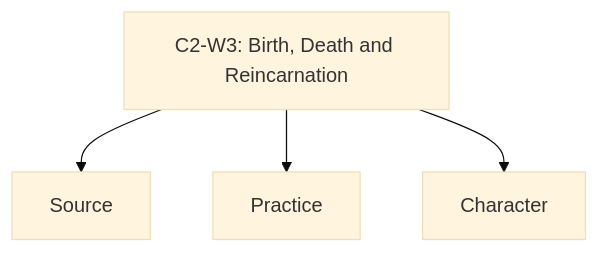
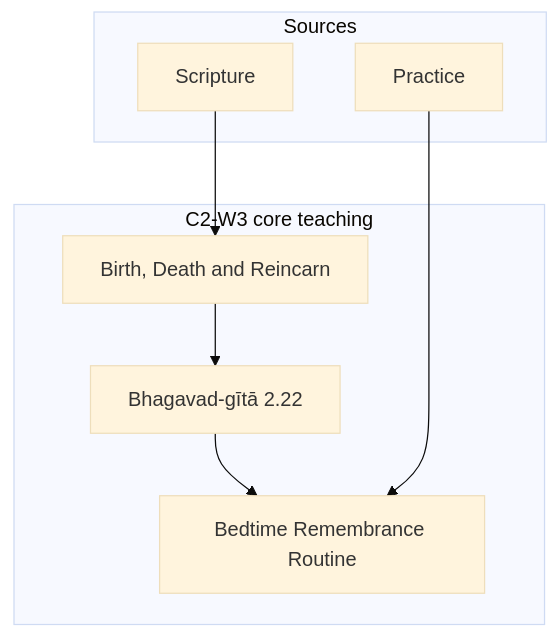
One commit to swap2you/kutumba-family-program changed the diagram in 11-weekly-program-library/first-six-months/c2-w3-birth-death-and-reincarnation/visuals/concept-map.mmd. Above: the diagram before and after it, drawn with Mermaid (base theme). The commit also changed 198 other files, not shown here.

```diff
--- a/11-weekly-program-library/first-six-months/c2-w3-birth-death-and-reincarnation/visuals/concept-map.mmd
+++ b/11-weekly-program-library/first-six-months/c2-w3-birth-death-and-reincarnation/visuals/concept-map.mmd
@@ -1,4 +1,13 @@
-flowchart TD
-  A[C2-W3: Birth, Death and Reincarnation] --> B[Source]
-  A --> C[Practice]
-  A --> D[Character]
+flowchart TB
+    subgraph TEACHING["C2-W3 core teaching"]
+        A["Birth, Death and Reincarn"]
+        B["Bhagavad-gītā 2.22"]
+        C["Bedtime Remembrance Routine"]
+    end
+    subgraph SOURCES["Sources"]
+        S1[Scripture]
+        S2[Practice]
+    end
+    A --> B --> C
+    S1 --> A
+    S2 --> C
```
